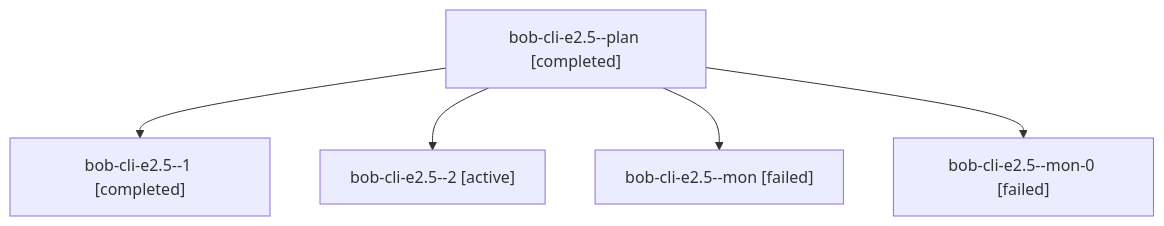
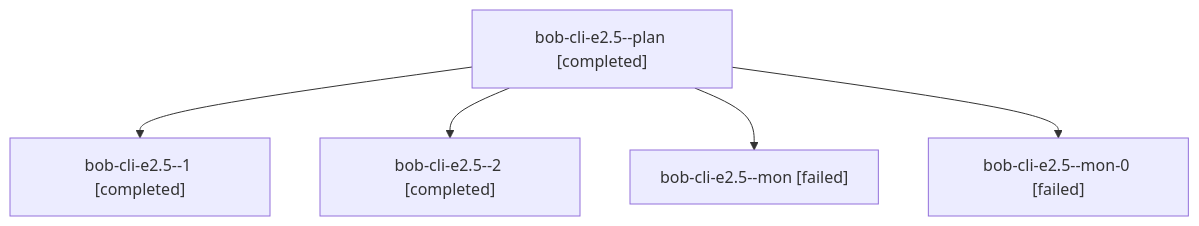
Before and after one commit to bobs-org/bob-cli--agents: the diagram in sessions/bbugyi200.athena.bob-cli-e2.5.md, drawn with Mermaid. The commit also changed other lines of this file and 52 other files, not shown here.

````diff
--- a/sessions/bbugyi200.athena.bob-cli-e2.5.md
+++ b/sessions/bbugyi200.athena.bob-cli-e2.5.md
@@ -9,12 +9,12 @@
 ```mermaid
 flowchart TD
   n0["bob-cli-e2.5--plan [completed]"]
   n1["bob-cli-e2.5--1 [completed]"]
   n0 --> n1
-  n2["bob-cli-e2.5--2 [active]"]
+  n2["bob-cli-e2.5--2 [completed]"]
   n0 --> n2
   n3["bob-cli-e2.5--mon [failed]"]
   n0 --> n3
   n4["bob-cli-e2.5--mon-0 [failed]"]
   n0 --> n4
 ```
````
